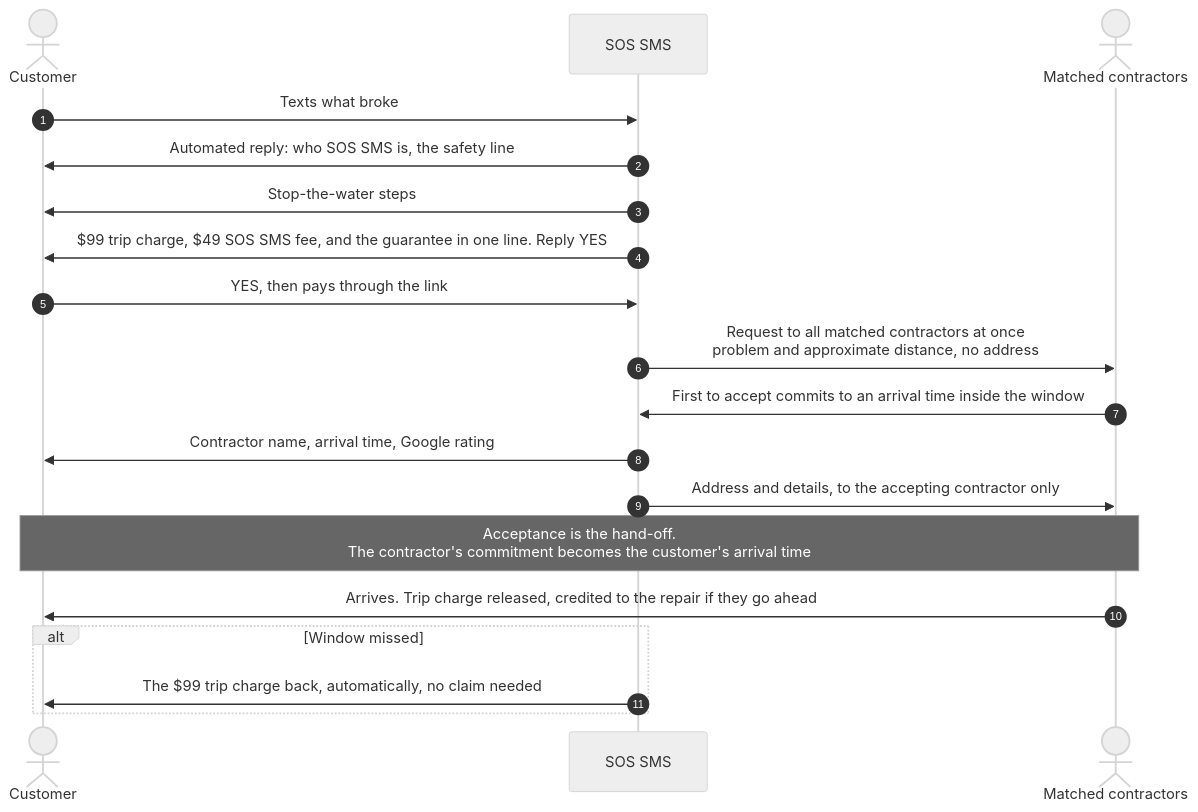
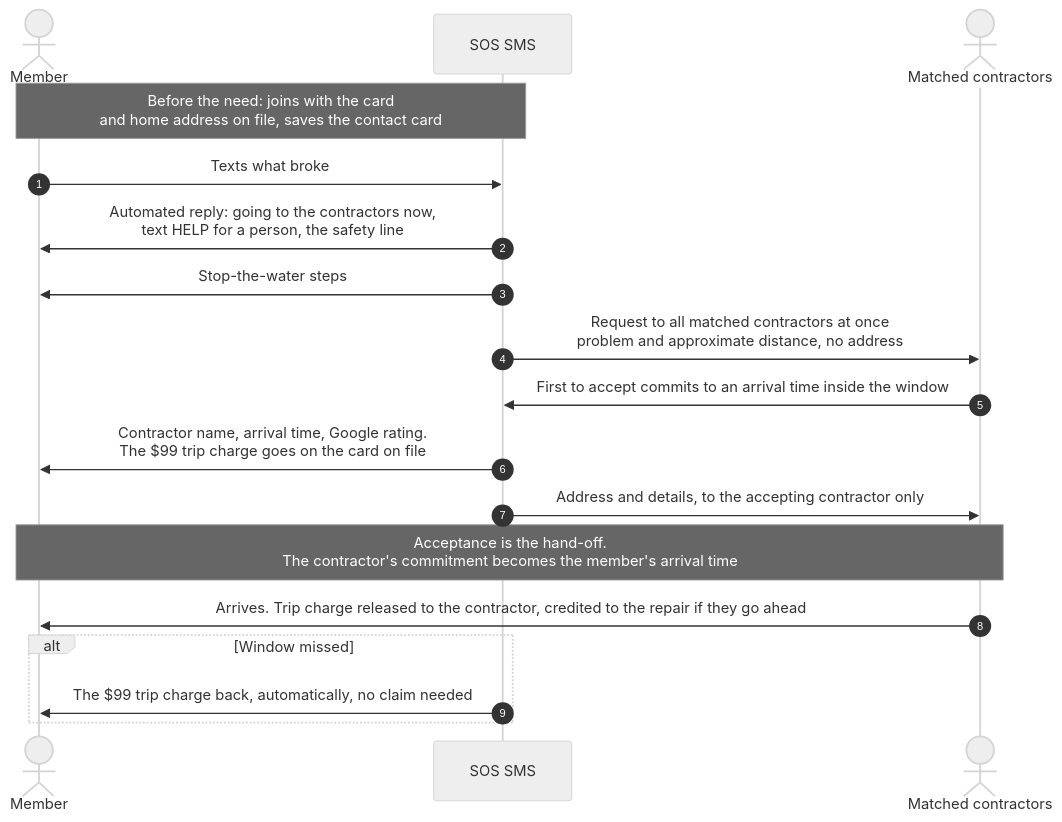
Before and after one commit to Saasrelaunchdev/SOSSMSGTMBrain: the third of 9 diagrams in README.md, drawn with Mermaid (neutral theme). The commit also changed other lines of this file and 109 other files, not shown here.

````diff
--- a/README.md
+++ b/README.md
@@ -177,21 +177,20 @@
 ```mermaid
 sequenceDiagram
     autonumber
-    actor C as Customer
+    actor C as Member
     participant S as SOS SMS
     actor K as Matched contractors
+    Note over C,S: Before the need: joins with the card<br/>and home address on file, saves the contact card
     C->>S: Texts what broke
-    S->>C: Automated reply: who SOS SMS is, the safety line
+    S->>C: Automated reply: going to the contractors now,<br/>text HELP for a person, the safety line
     S->>C: Stop-the-water steps
-    S->>C: $99 trip charge, $49 SOS SMS fee, and the guarantee in one line. Reply YES
-    C->>S: YES, then pays through the link
     S->>K: Request to all matched contractors at once<br/>problem and approximate distance, no address
     K->>S: First to accept commits to an arrival time inside the window
-    S->>C: Contractor name, arrival time, Google rating
+    S->>C: Contractor name, arrival time, Google rating.<br/>The $99 trip charge goes on the card on file
     S->>K: Address and details, to the accepting contractor only
-    Note over C,K: Acceptance is the hand-off.<br/>The contractor's commitment becomes the customer's arrival time
-    K->>C: Arrives. Trip charge released, credited to the repair if they go ahead
+    Note over C,K: Acceptance is the hand-off.<br/>The contractor's commitment becomes the member's arrival time
+    K->>C: Arrives. Trip charge released to the contractor, credited to the repair if they go ahead
     alt Window missed
         S->>C: The $99 trip charge back, automatically, no claim needed
     end
 ```
````
